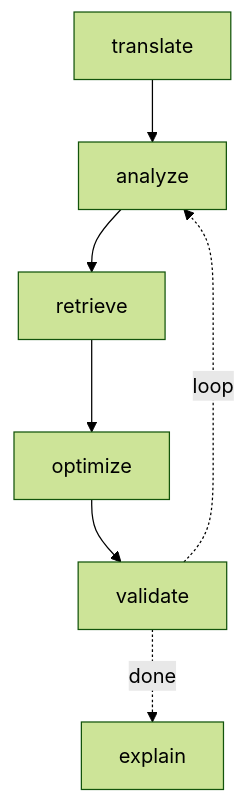
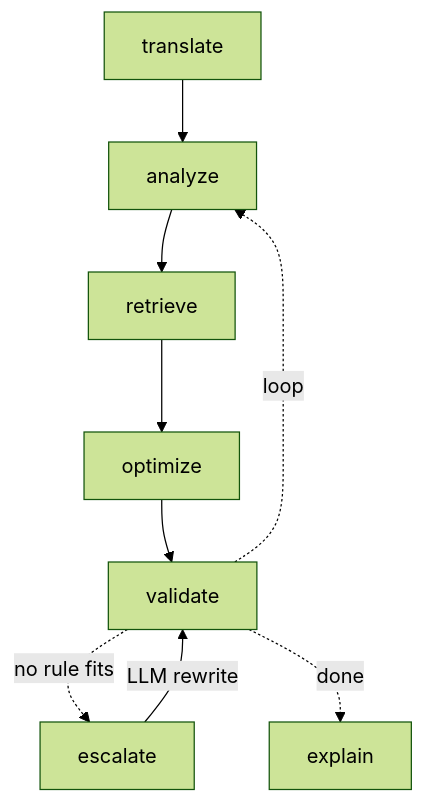
The diagram in README.md (Yashi248/SQLSparkOptimizer), drawn with Mermaid (forest theme) before and after one commit. The commit also changed other lines of this file and 5 other files, not shown here.

````diff
--- a/README.md
+++ b/README.md
@@ -31,6 +31,8 @@
 ```mermaid
 graph TD;
   translate --> analyze --> retrieve --> optimize --> validate;
   validate -. loop .-> analyze;
+  validate -. no rule fits .-> escalate;
+  escalate -- LLM rewrite --> validate;
   validate -. done .-> explain;
 ```
````
